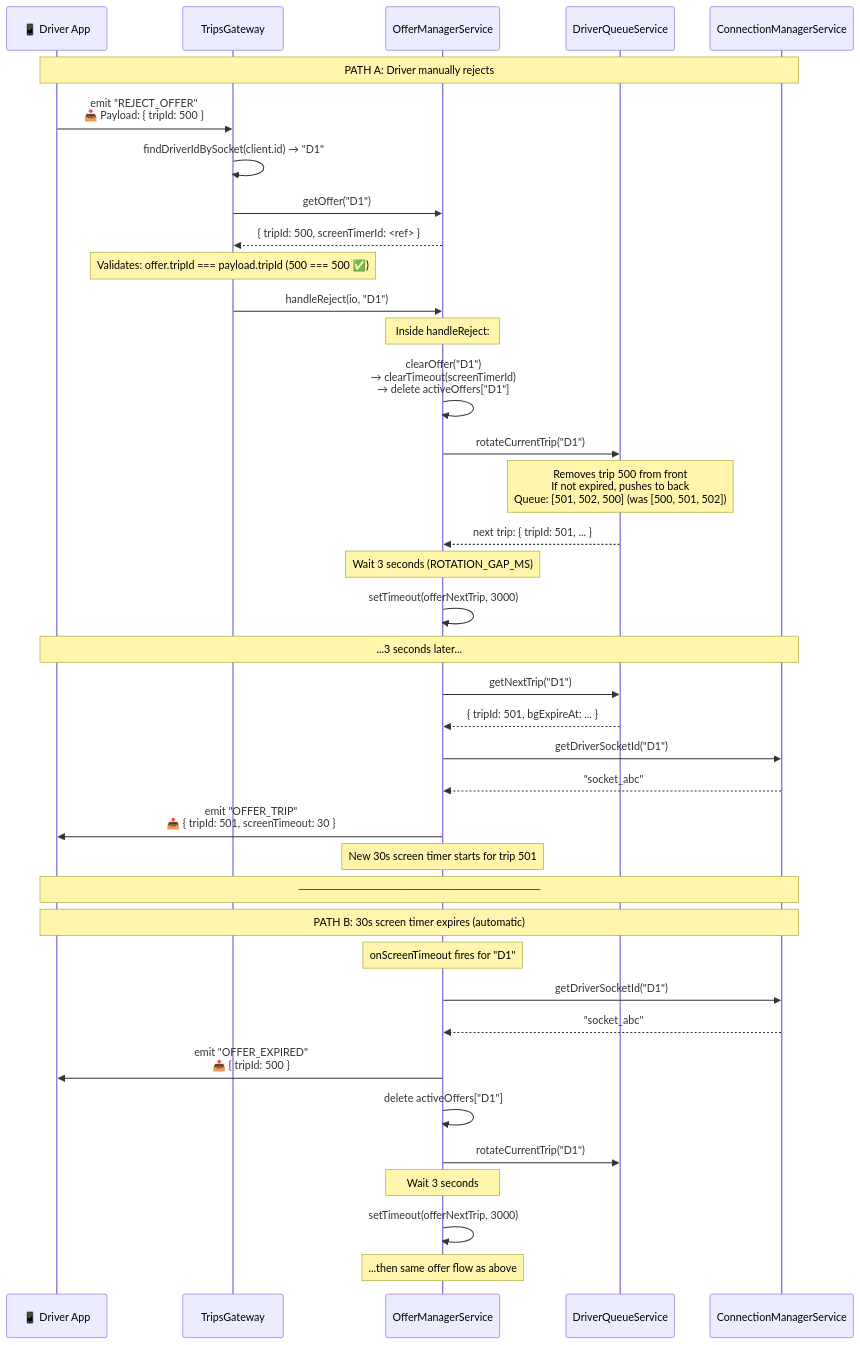
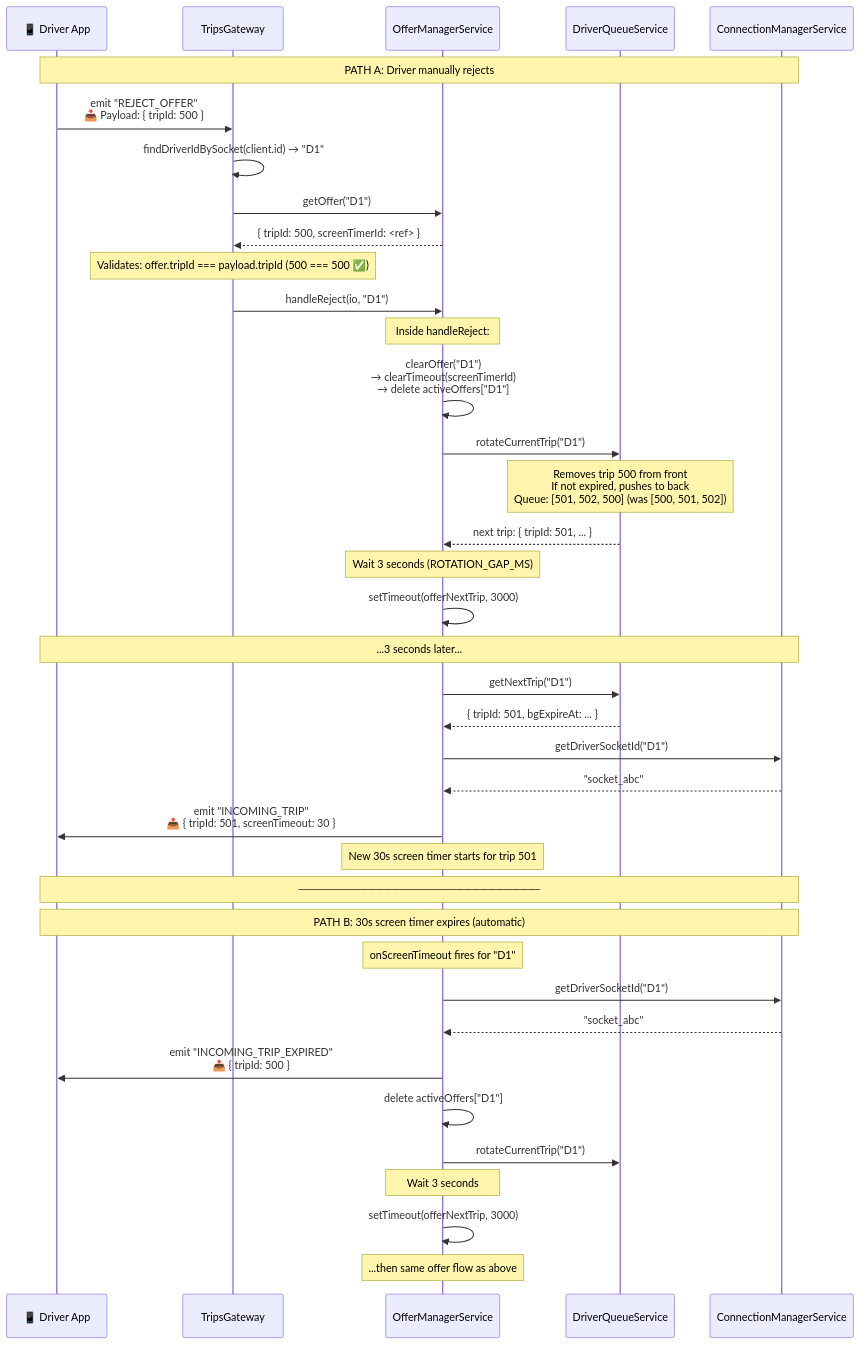
The ninth of 21 diagrams in DOCUMENTATION.md (rahul-shaw18/loadgo-nestjs-server), drawn with Mermaid before and after one commit. The commit also changed other lines of this file and 4 other files, not shown here.

Commit message:
feat: implement TripsGateway and OfferManagerService to handle real-time trip assignment and socket event synchronization

````diff
--- a/DOCUMENTATION.md
+++ b/DOCUMENTATION.md
@@ -461,47 +461,47 @@
 ```mermaid
 sequenceDiagram
     participant D as 📱 Driver App
     participant GW as TripsGateway
     participant OM as OfferManagerService
     participant DQ as DriverQueueService
     participant CM as ConnectionManagerService
 
     Note over D,CM: PATH A: Driver manually rejects
 
     D->>GW: emit "REJECT_OFFER"<br/>📥 Payload: { tripId: 500 }
     GW->>GW: findDriverIdBySocket(client.id) → "D1"
     GW->>OM: getOffer("D1")
     OM-->>GW: { tripId: 500, screenTimerId: <ref> }
     Note over GW: Validates: offer.tripId === payload.tripId (500 === 500 ✅)
     GW->>OM: handleReject(io, "D1")
 
     Note over OM: Inside handleReject:
     OM->>OM: clearOffer("D1")<br/>→ clearTimeout(screenTimerId)<br/>→ delete activeOffers["D1"]
     OM->>DQ: rotateCurrentTrip("D1")
     Note over DQ: Removes trip 500 from front<br/>If not expired, pushes to back<br/>Queue: [501, 502, 500] (was [500, 501, 502])
     DQ-->>OM: next trip: { tripId: 501, ... }
     Note over OM: Wait 3 seconds (ROTATION_GAP_MS)
     OM->>OM: setTimeout(offerNextTrip, 3000)
 
     Note over D,CM: ...3 seconds later...
 
     OM->>DQ: getNextTrip("D1")
     DQ-->>OM: { tripId: 501, bgExpireAt: ... }
     OM->>CM: getDriverSocketId("D1")
     CM-->>OM: "socket_abc"
-    OM->>D: emit "OFFER_TRIP"<br/>📤 { tripId: 501, screenTimeout: 30 }
+    OM->>D: emit "INCOMING_TRIP"<br/>📤 { tripId: 501, screenTimeout: 30 }
     Note over OM: New 30s screen timer starts for trip 501
 
     Note over D,CM: ──────────────────────────────
     Note over D,CM: PATH B: 30s screen timer expires (automatic)
 
     Note over OM: onScreenTimeout fires for "D1"
     OM->>CM: getDriverSocketId("D1")
     CM-->>OM: "socket_abc"
-    OM->>D: emit "OFFER_EXPIRED"<br/>📤 { tripId: 500 }
+    OM->>D: emit "INCOMING_TRIP_EXPIRED"<br/>📤 { tripId: 500 }
     OM->>OM: delete activeOffers["D1"]
     OM->>DQ: rotateCurrentTrip("D1")
     Note over OM: Wait 3 seconds
     OM->>OM: setTimeout(offerNextTrip, 3000)
     Note over OM: ...then same offer flow as above
 ```
````
